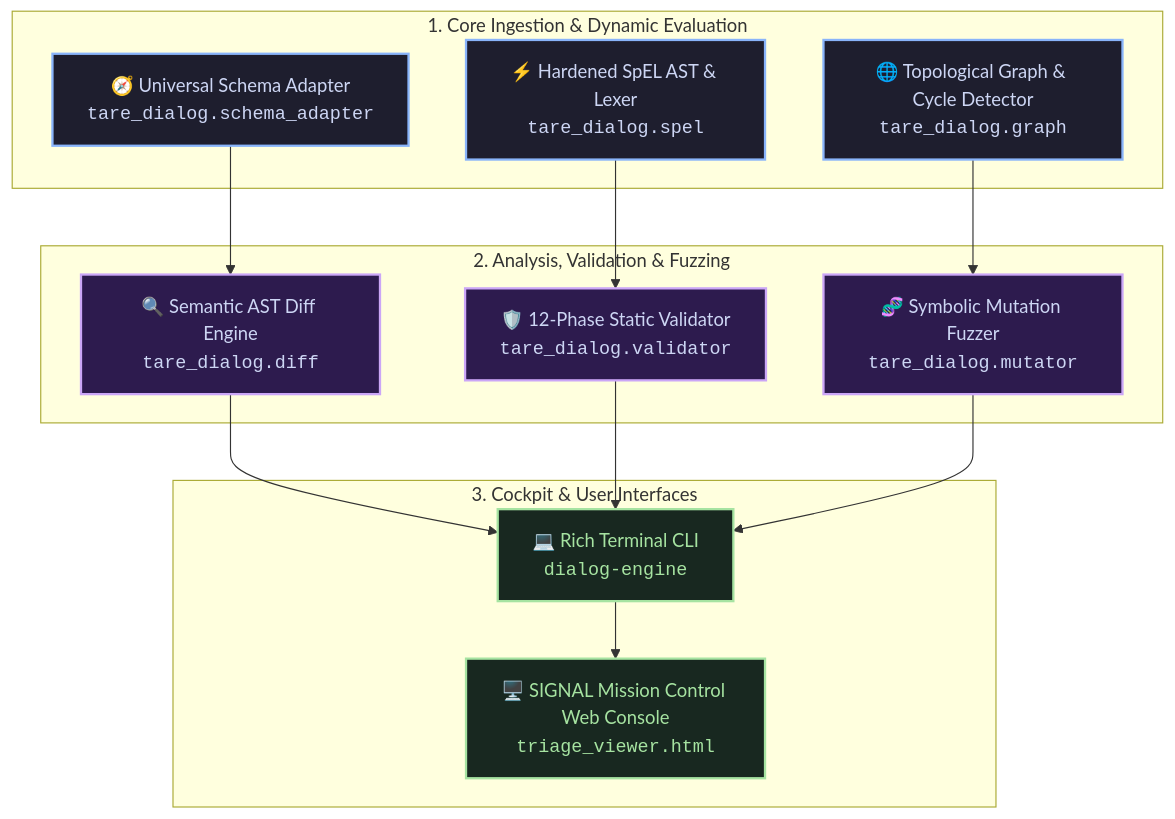
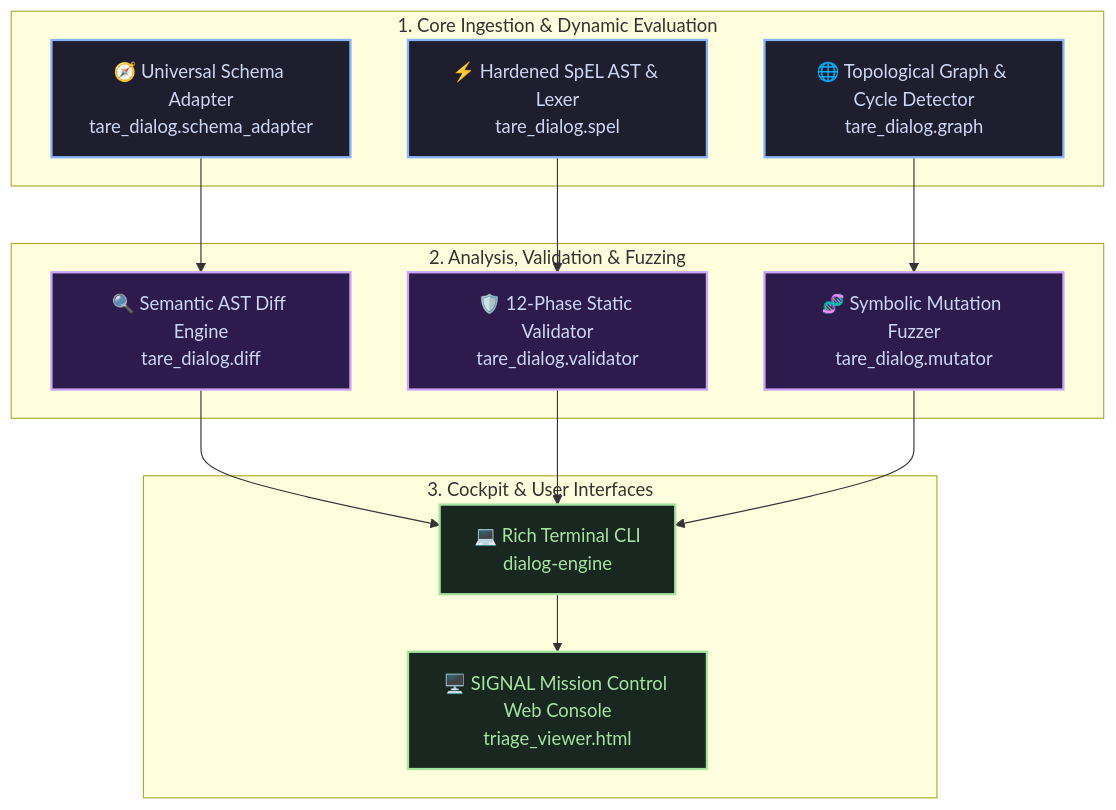
The third of 3 diagrams in README.md (augusto-scarvalho/tare.tools.dialog-engine), drawn with Mermaid before and after one commit. The commit also changed other lines of this file, not shown here.

Commit message:
fix(mermaid): sanitize HTML tags for GitHub Mermaid renderer

````diff
--- a/README.md
+++ b/README.md
@@ -304,37 +304,37 @@
 ```mermaid
 flowchart TD
     subgraph Layer1 ["1. Core Ingestion & Dynamic Evaluation"]
-        Schema["🧭 Universal Schema Adapter<br><code>tare_dialog.schema_adapter</code>"]
-        Spel["⚡ Hardened SpEL AST & Lexer<br><code>tare_dialog.spel</code>"]
-        Graph["🌐 Topological Graph & Cycle Detector<br><code>tare_dialog.graph</code>"]
+        Schema["🧭 Universal Schema Adapter<br/>tare_dialog.schema_adapter"]
+        Spel["⚡ Hardened SpEL AST & Lexer<br/>tare_dialog.spel"]
+        Graph["🌐 Topological Graph & Cycle Detector<br/>tare_dialog.graph"]
     end
 
     subgraph Layer2 ["2. Analysis, Validation & Fuzzing"]
-        Diff["🔍 Semantic AST Diff Engine<br><code>tare_dialog.diff</code>"]
-        Validator["🛡️ 12-Phase Static Validator<br><code>tare_dialog.validator</code>"]
-        Mutator["🧬 Symbolic Mutation Fuzzer<br><code>tare_dialog.mutator</code>"]
+        Diff["🔍 Semantic AST Diff Engine<br/>tare_dialog.diff"]
+        Validator["🛡️ 12-Phase Static Validator<br/>tare_dialog.validator"]
+        Mutator["🧬 Symbolic Mutation Fuzzer<br/>tare_dialog.mutator"]
     end
 
     subgraph Layer3 ["3. Cockpit & User Interfaces"]
-        CLI["💻 Rich Terminal CLI<br><code>dialog-engine</code>"]
-        SIGNAL["🖥️ SIGNAL Mission Control Web Console<br><code>triage_viewer.html</code>"]
+        CLI["💻 Rich Terminal CLI<br/>dialog-engine"]
+        SIGNAL["🖥️ SIGNAL Mission Control Web Console<br/>triage_viewer.html"]
     end
 
     Schema --> Diff
     Spel --> Validator
     Graph --> Mutator
 
     Diff --> CLI
     Validator --> CLI
     Mutator --> CLI
 
     CLI --> SIGNAL
 
     classDef l1Style fill:#1e1e2e,stroke:#89b4fa,stroke-width:2px,color:#cdd6f4;
     classDef l2Style fill:#2d1b4e,stroke:#cba6f7,stroke-width:2px,color:#cdd6f4;
     classDef l3Style fill:#182820,stroke:#a6e3a1,stroke-width:2px,color:#a6e3a1;
 
     class Schema,Spel,Graph l1Style;
     class Diff,Validator,Mutator l2Style;
     class CLI,SIGNAL l3Style;
 ```
````
